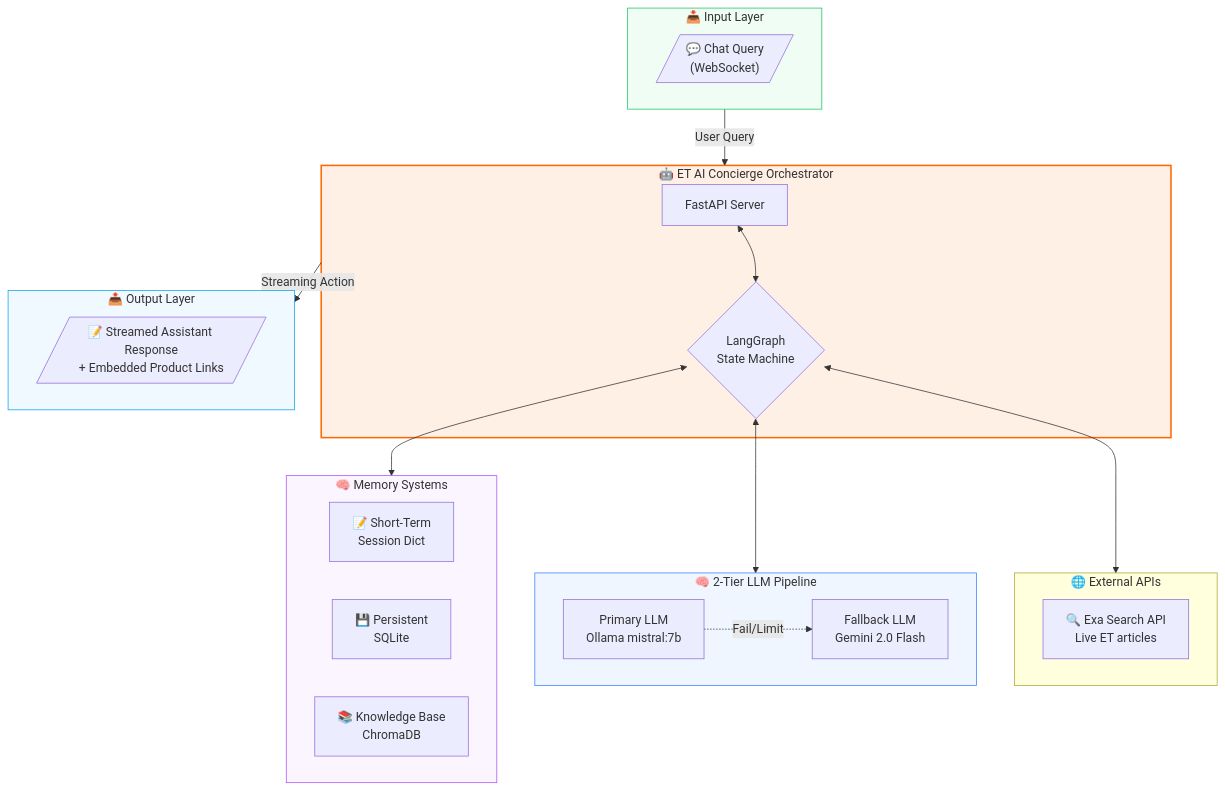
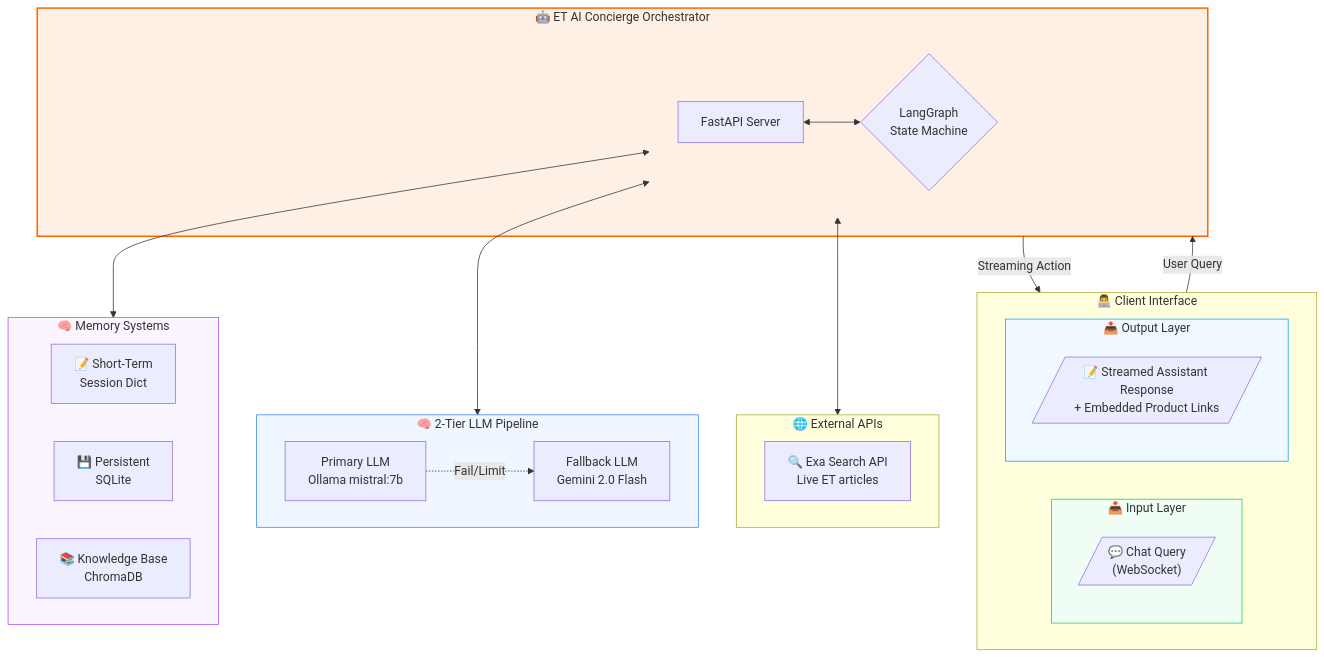
Before and after one commit to sadiyacodes/et-ai-concierge: the first of 5 diagrams in README.md, drawn with Mermaid.

Commit message:
Fix Core Orchestrator padding overlapping layout in high-level architecture diagram

````diff
--- a/README.md
+++ b/README.md
@@ -52,44 +52,50 @@
 ```mermaid
 flowchart TB
-    subgraph UserLayer["📥 Input Layer"]
-        UI[/"💬 Chat Query<br/>(WebSocket)"/]
+    subgraph Clients["👨‍💻 Client Interface"]
+        direction LR
+        subgraph UserLayer["📥 Input Layer"]
+            UI[/"💬 Chat Query<br/>(WebSocket)"/]
+        end
+        subgraph OutputLayer["📤 Output Layer"]
+            Out[/"📝 Streamed Assistant Response<br/>+ Embedded Product Links"/]
+        end
     end
 
-    subgraph Core["🤖 ET AI Concierge Orchestrator<br/><br/>"]
-        API["FastAPI Server"]
-        Graph{"LangGraph<br/>State Machine"}
-        API <--> Graph
-    end
-
-    subgraph OutputLayer["📤 Output Layer"]
-        Out[/"📝 Streamed Assistant Response<br/>+ Embedded Product Links"/]
+    subgraph Core["🤖 ET AI Concierge Orchestrator"]
+        subgraph padding[" "]
+            direction LR
+            API["FastAPI Server"]
+            Graph{"LangGraph<br/>State Machine"}
+            API <--> Graph
+        end
     end
 
     subgraph Memory["🧠 Memory Systems"]
         STM["📝 Short-Term<br/>Session Dict"]
         LTM["💾 Persistent<br/>SQLite"]
         KB["📚 Knowledge Base<br/>ChromaDB"]
     end
 
     subgraph LLMChain["🧠 2-Tier LLM Pipeline"]
         Ollama["Primary LLM<br/>Ollama mistral:7b"]
         Gemini["Fallback LLM<br/>Gemini 2.0 Flash"]
         Ollama -.->|Fail/Limit| Gemini
     end
 
     subgraph External["🌐 External APIs"]
         Exa["🔍 Exa Search API<br/>Live ET articles"]
     end
 
     UserLayer -->|User Query| Core
     Core -->|Streaming Action| OutputLayer
     Graph <--> Memory
     Graph <--> LLMChain
     Graph <--> External
 
     style Core fill:#fff0e6,stroke:#ff6600,stroke-width:2px
+    style padding fill:none,stroke:none;
     style UserLayer fill:#f0fdf4,stroke:#22c55e,stroke-width:1px
     style OutputLayer fill:#f0f9ff,stroke:#0ea5e9,stroke-width:1px
     style LLMChain fill:#eff6ff,stroke:#3b82f6,stroke-width:1px
     style Memory fill:#faf5ff,stroke:#a855f7,stroke-width:1px
 ```
````
